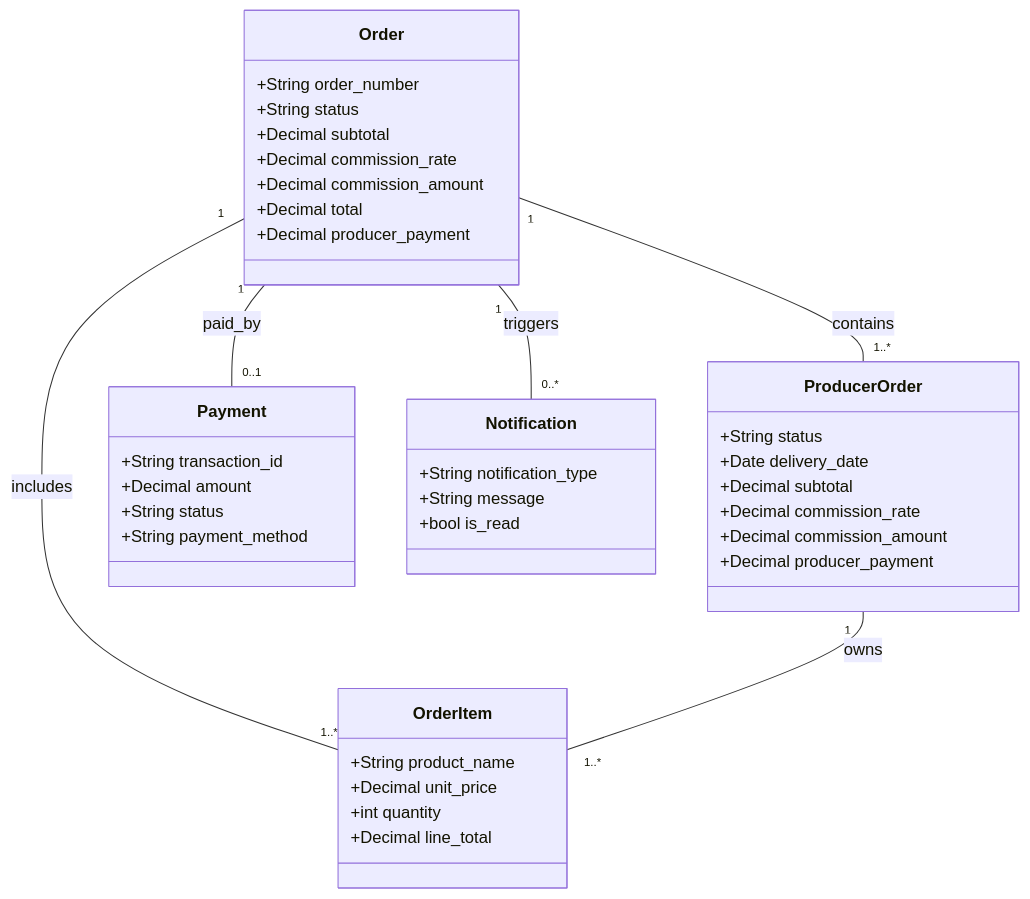
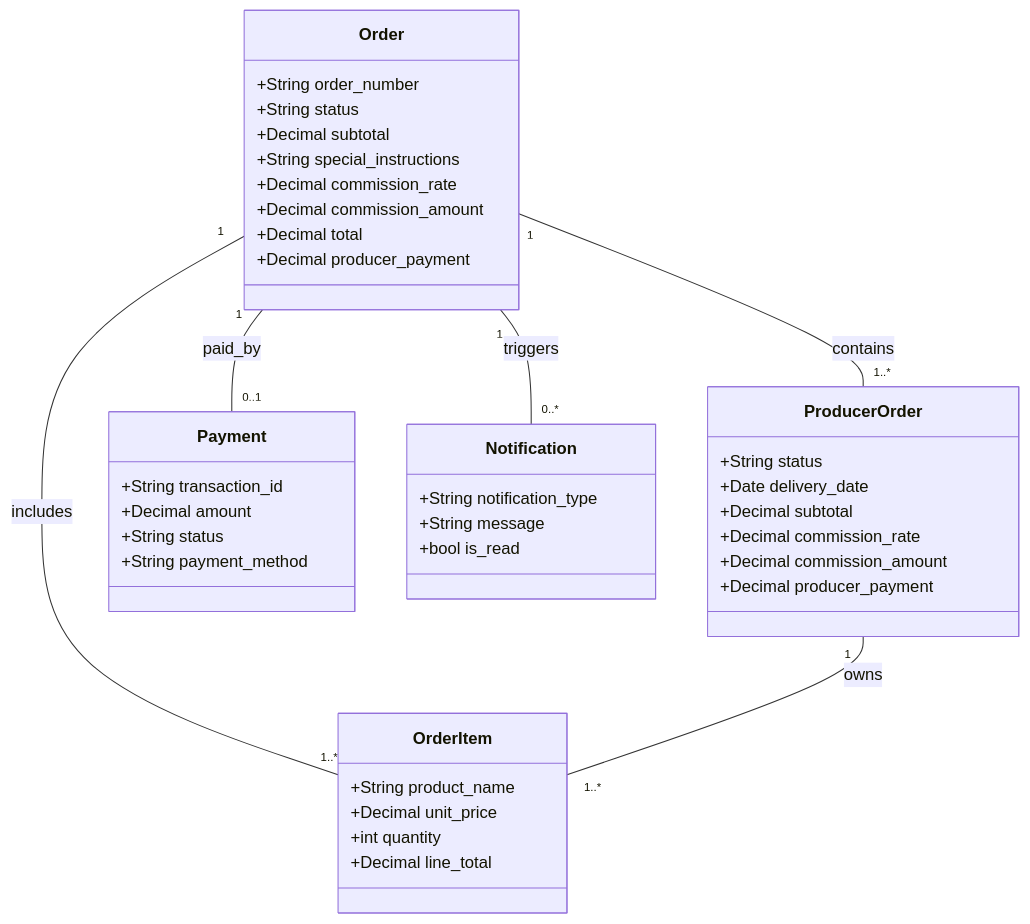
One commit to graciesearle/DESD changed the diagram in docs/models/orders_model.md. Above: the diagram before and after it, drawn with Mermaid. The commit also changed other lines of this file and 10 other files, not shown here.

Commit message:
added special instructions to order workflow, updated view to include producer decorator

````diff
--- a/docs/models/orders_model.md
+++ b/docs/models/orders_model.md
@@ -17,47 +17,48 @@
 ```mermaid
 classDiagram
     class Order {
         +String order_number
         +String status
         +Decimal subtotal
+        +String special_instructions
         +Decimal commission_rate
         +Decimal commission_amount
         +Decimal total
         +Decimal producer_payment
     }
 
     class ProducerOrder {
         +String status
         +Date delivery_date
         +Decimal subtotal
         +Decimal commission_rate
         +Decimal commission_amount
         +Decimal producer_payment
     }
 
     class OrderItem {
         +String product_name
         +Decimal unit_price
         +int quantity
         +Decimal line_total
     }
 
     class Payment {
         +String transaction_id
         +Decimal amount
         +String status
         +String payment_method
     }
 
     class Notification {
         +String notification_type
         +String message
         +bool is_read
     }
 
     Order "1" -- "1..*" ProducerOrder : contains
     Order "1" -- "1..*" OrderItem : includes
     ProducerOrder "1" -- "1..*" OrderItem : owns
     Order "1" -- "0..1" Payment : paid_by
     Order "1" -- "0..*" Notification : triggers
 ```
````
